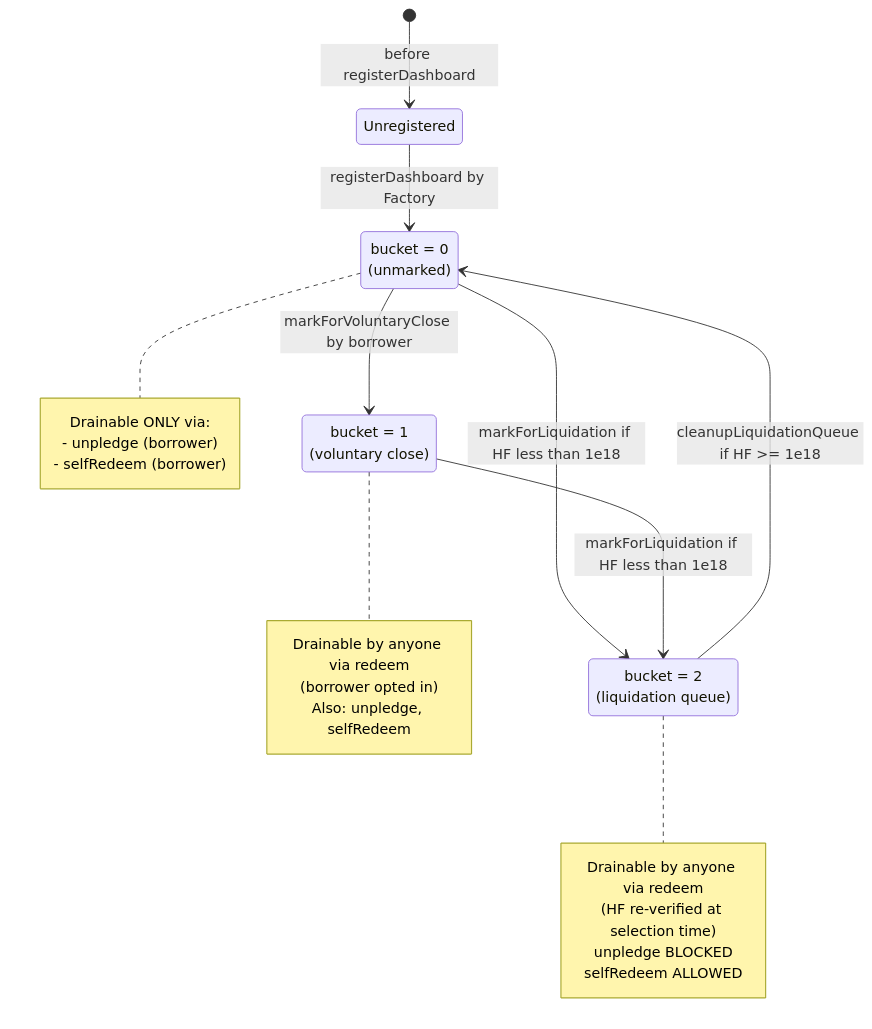
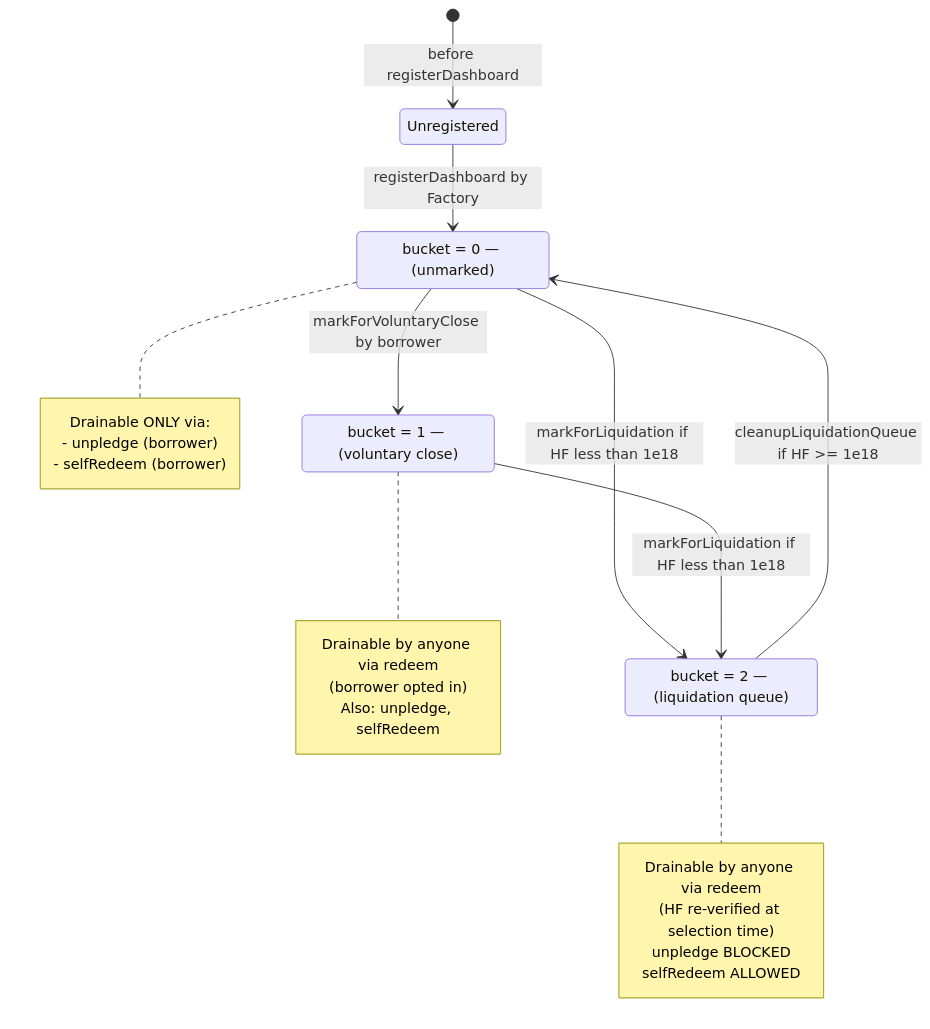
One commit to sanbir/vault-steth-adapter changed diagram 19 of 24 in docs/Architecture.md. Above: the diagram before and after it, drawn with Mermaid. The commit also changed other lines of this file and 1 other file, not shown here.

First line of the commit message:
docs: fix Mermaid <br/> rendering errors in Architecture.md and Liquidation-guarantees.md

````diff
--- a/docs/Architecture.md
+++ b/docs/Architecture.md
@@ -696,30 +696,30 @@
 ```mermaid
 stateDiagram-v2
     [*] --> Unregistered: before registerDashboard
     Unregistered --> Bucket0: registerDashboard by Factory
-    Bucket0: bucket = 0<br/>(unmarked)
-    Bucket1: bucket = 1<br/>(voluntary close)
-    Bucket2: bucket = 2<br/>(liquidation queue)
+    Bucket0: bucket = 0 — (unmarked)
+    Bucket1: bucket = 1 — (voluntary close)
+    Bucket2: bucket = 2 — (liquidation queue)
 
     Bucket0 --> Bucket1: markForVoluntaryClose by borrower
     Bucket0 --> Bucket2: markForLiquidation if HF less than 1e18
     Bucket1 --> Bucket2: markForLiquidation if HF less than 1e18
     Bucket2 --> Bucket0: cleanupLiquidationQueue if HF >= 1e18
 
     note right of Bucket0
         Drainable ONLY via:
         - unpledge (borrower)
         - selfRedeem (borrower)
     end note
     note right of Bucket1
         Drainable by anyone via redeem
         (borrower opted in)
         Also: unpledge, selfRedeem
     end note
     note right of Bucket2
         Drainable by anyone via redeem
         (HF re-verified at selection time)
         unpledge BLOCKED
         selfRedeem ALLOWED
     end note
 ```
````
